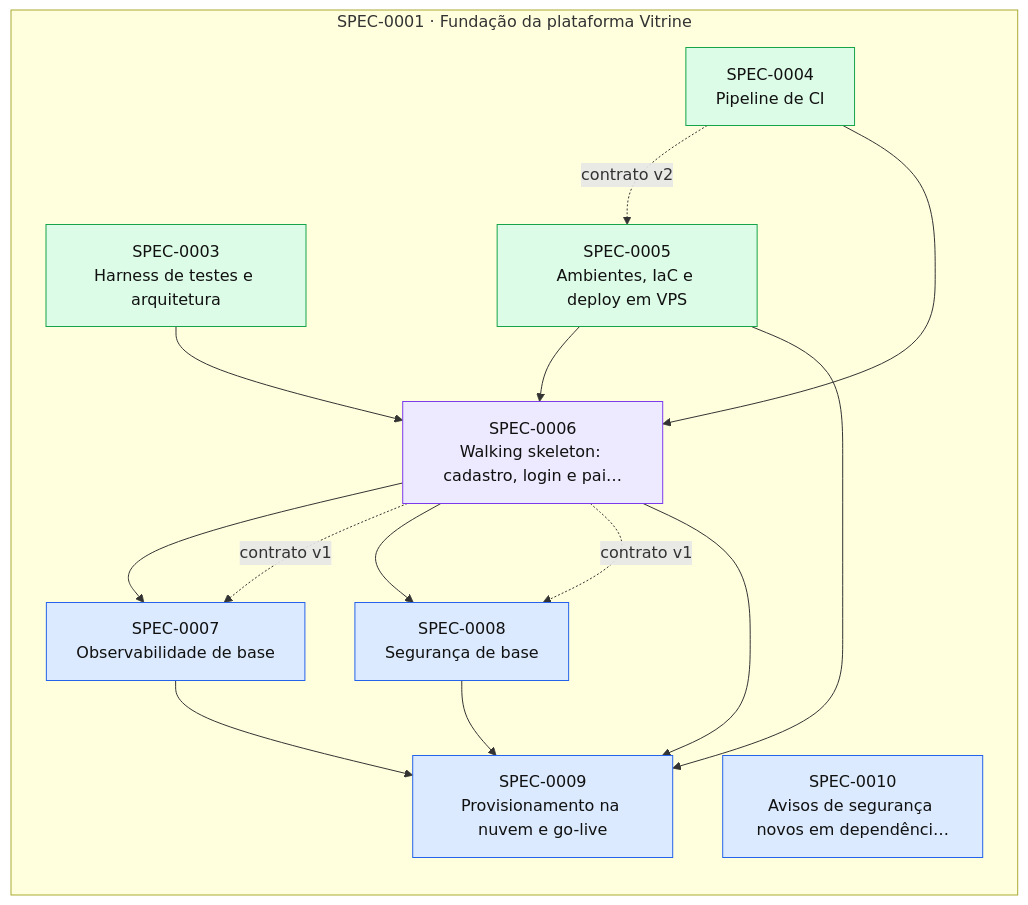
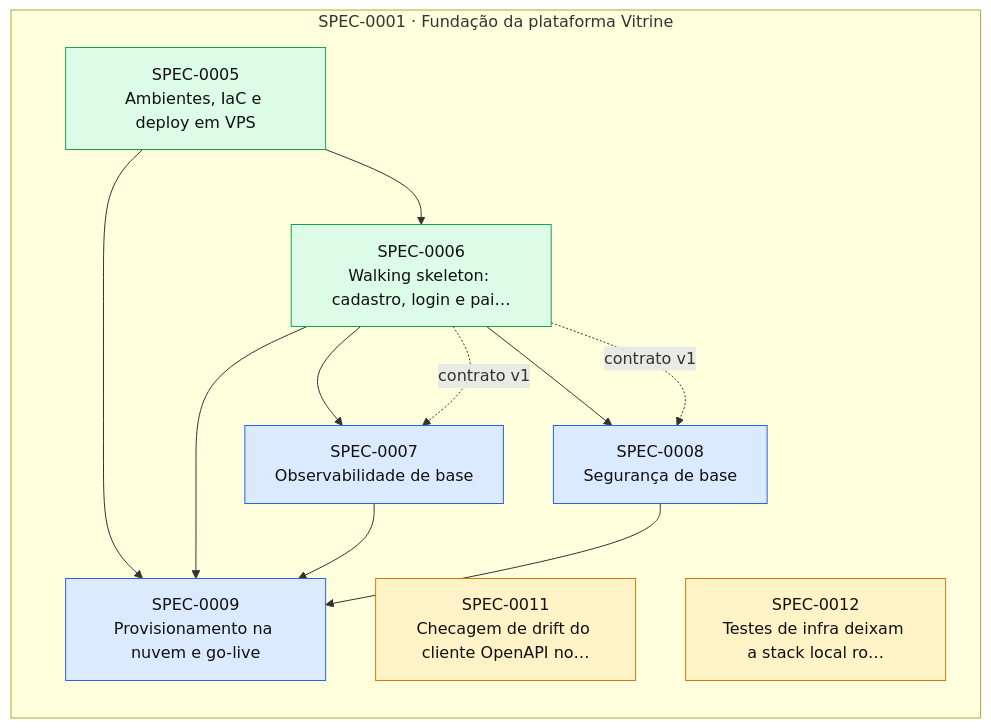
One commit to thomasravache/vitrine changed the diagram in docs/specs/INDEX.md. Above: the diagram before and after it, drawn with Mermaid. The commit also changed other lines of this file and 2 other files, not shown here.

First line of the commit message:
docs(specs): G7 das SPEC-0006 e SPEC-0010, implementadas

````diff
--- a/docs/specs/INDEX.md
+++ b/docs/specs/INDEX.md
@@ -60,30 +60,26 @@
 ```mermaid
 flowchart LR
   subgraph E0001["SPEC-0001 · Fundação da plataforma Vitrine"]
-    S0003["SPEC-0003<br/>Harness de testes e arquitetura"]:::implemented
-    S0004["SPEC-0004<br/>Pipeline de CI"]:::implemented
     S0005["SPEC-0005<br/>Ambientes, IaC e deploy em VPS"]:::implemented
-    S0006["SPEC-0006<br/>Walking skeleton: cadastro, login e pai…"]:::inprogress
+    S0006["SPEC-0006<br/>Walking skeleton: cadastro, login e pai…"]:::implemented
     S0007["SPEC-0007<br/>Observabilidade de base"]:::approved
     S0008["SPEC-0008<br/>Segurança de base"]:::approved
     S0009["SPEC-0009<br/>Provisionamento na nuvem e go-live"]:::approved
-    S0010["SPEC-0010<br/>Avisos de segurança novos em dependênci…"]:::approved
+    S0011["SPEC-0011<br/>Checagem de drift do cliente OpenAPI no…"]:::proposed
+    S0012["SPEC-0012<br/>Testes de infra deixam a stack local ro…"]:::proposed
   end
-  S0004 -. contrato v2 .-> S0005
-  S0003 --> S0006
-  S0004 --> S0006
   S0005 --> S0006
   S0006 --> S0007
   S0006 -. contrato v1 .-> S0007
   S0006 --> S0008
   S0006 -. contrato v1 .-> S0008
   S0005 --> S0009
   S0006 --> S0009
   S0007 --> S0009
   S0008 --> S0009
   classDef proposed fill:#fef3c7,stroke:#d97706,color:#111
   classDef approved fill:#dbeafe,stroke:#2563eb,color:#111
   classDef inprogress fill:#ede9fe,stroke:#7c3aed,color:#111
   classDef implemented fill:#dcfce7,stroke:#16a34a,color:#111
   classDef deprecated fill:#f3f4f6,stroke:#9ca3af,color:#6b7280
 ```
````
